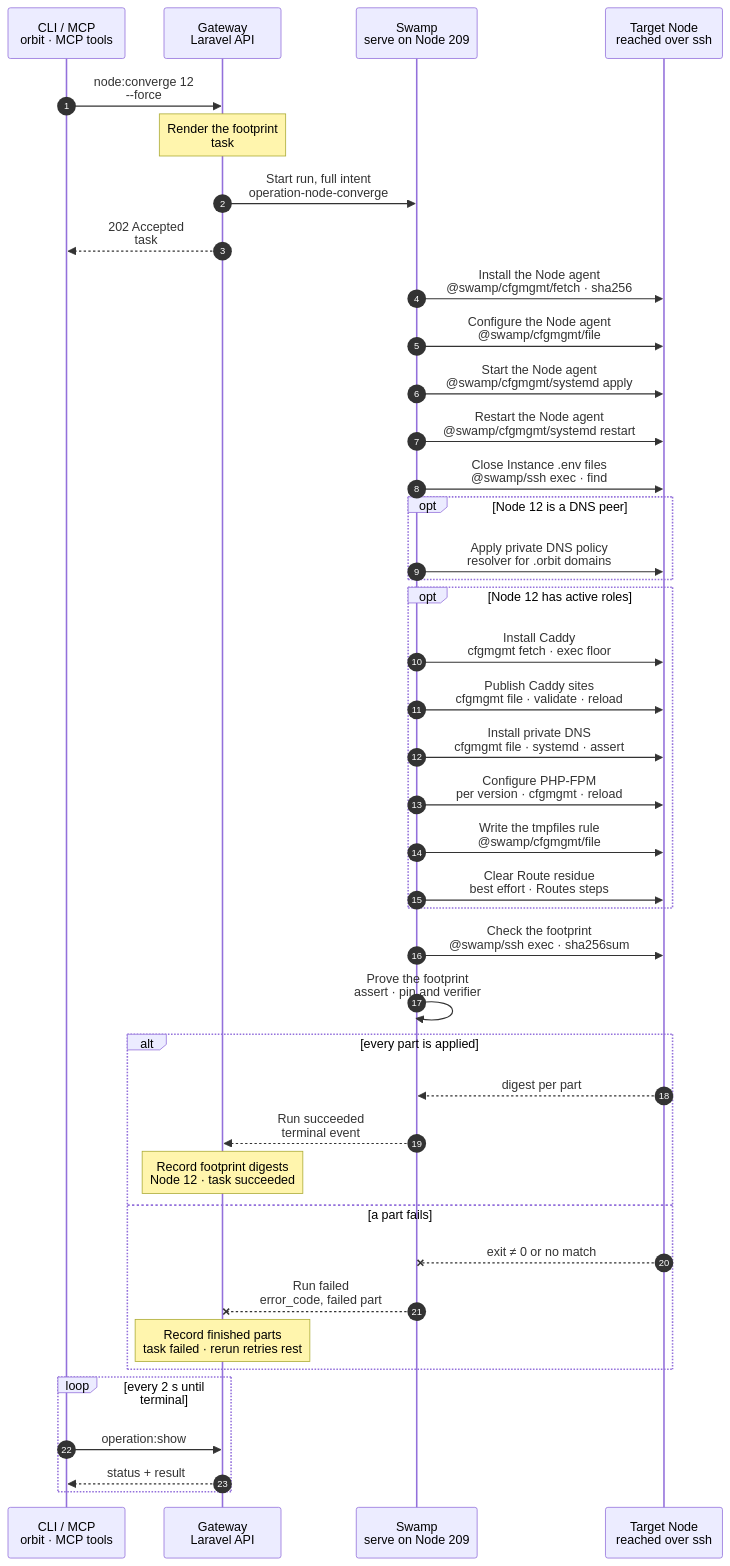
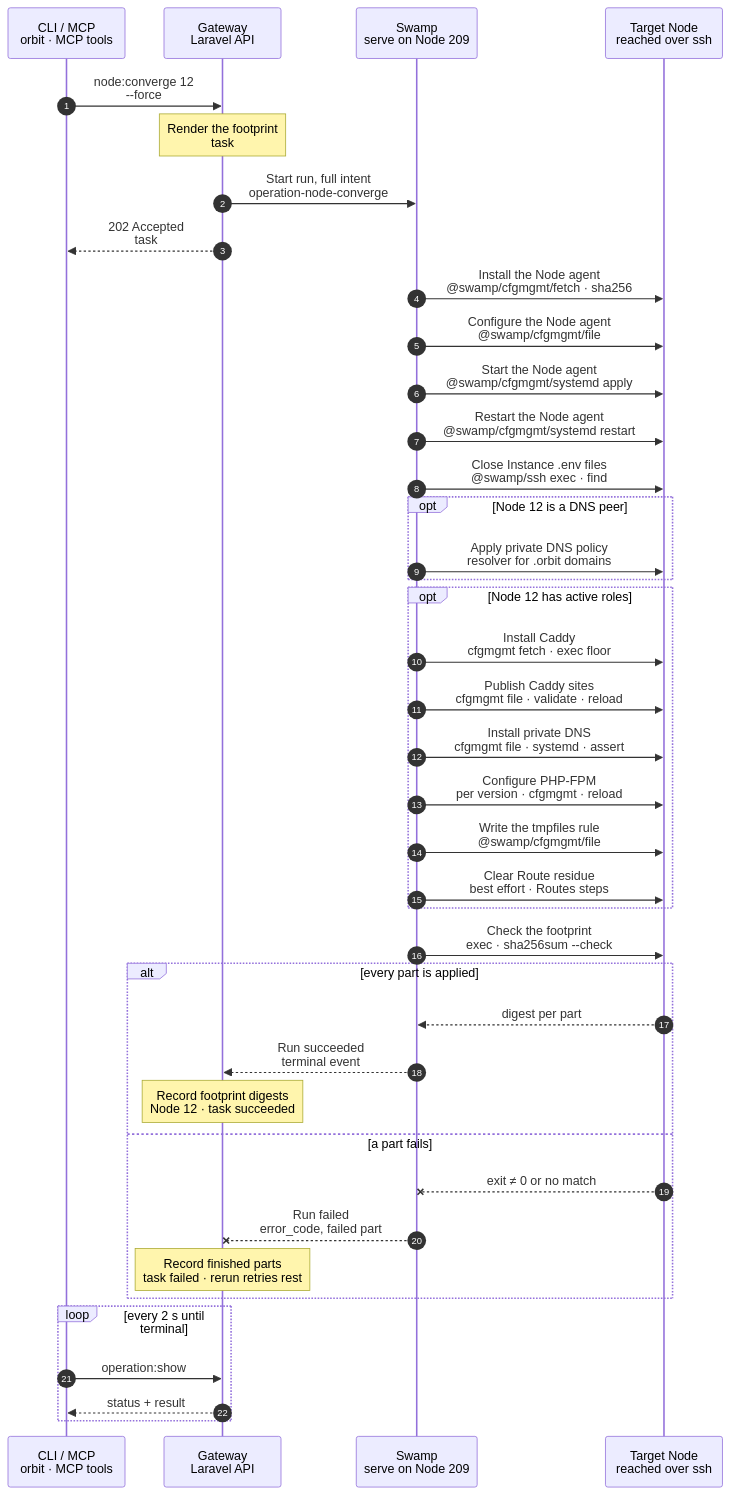
The diagram in docs/cli/node/converge.mmd (hardimpactdev/orbit), drawn with Mermaid before and after one commit. The commit also changed 8 other files, not shown here.

First line of the commit message:
refactor(nodes): node.converge ends with one sha256sum --check; tighten3 labels follow the real steps

```diff
--- a/docs/cli/node/converge.mmd
+++ b/docs/cli/node/converge.mmd
@@ -1,175 +1,172 @@
 sequenceDiagram
   %% Target design: ADR 0243/0244 task, DECISIONS R1-R4, agent-observer-swamp-acts, single-swamp-node. docs/reference/node-provisioning.md#converge-the-orbit-footprint.
   %% status: draft
   %% command: node:converge
   %% kind: node.converge
   autonumber
   %% lane CLI icon=terminal pill=caller tone=gray
   %% lane GW icon=gateway pill=intent tone=blue
   %% lane SW icon=workflow pill=executes tone=green
   %% lane N icon=server pill=target tone=amber
   participant CLI as CLI / MCP<br/>orbit · MCP tools
   participant GW as Gateway<br/>Laravel API
   participant SW as Swamp<br/>serve on Node 209
   participant N as Target Node<br/>reached over ssh
   CLI->>GW: node:converge 12<br/>--force
   %%> Command:
   %%> - `orbit node:converge 12 --force`
   %%> - syntax: `<node> [--force] [--idempotency-key=KEY] [--json]`
   %%> Input:
   %%> - the Node, by id or exact name
   %%> - `--force` re-applies every part, not only the parts whose digest changed
   %%> What it does:
   %%> - re-applies Orbit's own files on Node 12: the Node agent, the private DNS client policy, and the files of its active roles
   %%> - never changes an Instance, a Process, a Schedule or a role assignment, so it is safe on a Node that owns Instances
   %%> Who can call it:
   %%> - the `orbit` CLI, the MCP tool, and the fleet rollout send the same request
   Note over GW: Render the footprint<br/>task #5132 · digest per part
   %%> Requirements:
   %%> - your Node has an access grant to Node 12
   %%> - Node 12 is an active, managed Linux Node
   %%> - no other converge or Node agent rekey runs for Node 12; the Gateway holds one lock per Node
   %%> Builds:
   %%> - the pinned `orbit-agent` release and its SHA-256
   %%> - the Node agent configuration, Orbit root certificate and unit
   %%> - the private DNS client policy, when Node 12 is a peer with roles
   %%> Refuses:
   %%> - a part the Gateway cannot render, before any run starts
   %%> - the files of each active role, through the shared role steps
   %%> - one digest per part, from the Gateway's own code and pins; no SSH
   %%> Result:
   %%> - task #5132 recorded with the full intent and the parts to apply
   %%> - unchanged parts are left out, unless `--force`
   GW->>SW: Start run, full intent<br/>operation-node-converge
   %%> What it does:
   %%> - starts one Swamp run on serve (Node 209)
   %%> Inputs:
   %%> - the parts to apply, with their files and digests
   %%> - the agent's verifier hash, to check the existing key; never the key
   %%> - Node 12's address and SSH host keys; the SSH identity comes from the `swamp` role
   GW-->>CLI: 202 Accepted<br/>task #5132
   %%> What you get:
   %%> - the task number, at once
   %%> Next:
   %%> - the CLI follows the task with `operation:show`
   SW->>N: Install the Node agent<br/>@swamp/cfgmgmt/fetch · sha256
   %%> What it does:
   %%> - downloads the pinned `orbit-agent` release to `/usr/local/bin/orbit-agent` and checks its SHA-256
   %%> - a binary that already matches the pin is left alone
   %%> How:
   %%> - the official `@swamp/cfgmgmt/fetch` behavior over SSH from 209, with sudo
   %%> - no `orbit-agent command …`; the agent only observes and runs no actions
   SW->>N: Configure the Node agent<br/>@swamp/cfgmgmt/file
   %%> What it does:
   %%> - writes `config.toml` and `ca.pem` in `/etc/orbit/agent`, one official `file` behavior each
   %%> Keeps the key:
   %%> - never writes `/etc/orbit/agent/secret`; the end check compares it with the recorded verifier
   SW->>N: Start the Node agent<br/>@swamp/cfgmgmt/systemd apply
   %%> What it does:
   %%> - writes the `orbit-agent.service` unit the Gateway rendered, with access to the apps root, then enables and starts it
   SW->>N: Restart the Node agent<br/>@swamp/cfgmgmt/systemd restart
   %%> What it does:
   %%> - restarts the agent so it reads its new binary and files
   %%> Why always:
   %%> - this part only runs when its digest changed, or with `--force`
   SW->>N: Close Instance .env files<br/>@swamp/ssh exec · find
   %%> What it does:
   %%> - removes the world bits from `.env` in each Instance checkout under the apps root, in one `find`
   %%> On failure:
   %%> - best effort: a checkout that is gone does not fail the converge
   opt Node 12 is a DNS peer
     SW->>N: Apply private DNS policy<br/>resolver for .orbit domains
     %%> When:
     %%> - Node 12 is an active managed peer with roles; not the `vpn` Node and not the Gateway's Node
     %%> What it does:
     %%> - sends the private `.orbit` domains to the Orbit DNS server, with the split DNS policy
     %%> - no WireGuard tunnel restart
   end
   opt Node 12 has active roles
     SW->>N: Install Caddy<br/>cfgmgmt fetch · exec floor
     %%> What it does:
     %%> - downloads the pinned Caddy package with `@swamp/cfgmgmt/fetch`, checked against its SHA-256
     %%> - installs it with `@swamp/cfgmgmt/exec`, unless the installed Caddy already meets the version floor
     %%> - proves the floor with `dpkg --compare-versions`
     %%> For:
     %%> - a Caddy role or Caddy sites
     %%> Every role part:
     %%> - runs only when its digest changed or with `--force`
     %%> - runs beside the other parts; one part's failure never stops another
     SW->>N: Publish Caddy sites<br/>cfgmgmt file · validate · reload
     %%> What it does:
     %%> - writes the rendered Caddyfile as a candidate, validates it as the `caddy` user, publishes it with the Routes Caddy step, and removes the candidate
     %%> - a Caddyfile Caddy refuses fails this part; the published Caddyfile stays
     %%> - a Caddyfile the Gateway could not render is skipped and reported
     SW->>N: Install private DNS<br/>cfgmgmt file · systemd · assert
     %%> For:
     %%> - a `vpn` Node that publishes private DNS
     %%> What it does:
     %%> - writes the listener release files, self-tests the release, then writes the socket and service units with `@swamp/cfgmgmt/systemd`
     %%> - writes the dnsmasq records and the catalog, tests dnsmasq, restarts it and the listener
     %%> - asserts that the listener loaded the new catalog
     %%> No rollback:
     %%> - a failed check leaves the new files; a rerun repairs them
     SW->>N: Configure PHP-FPM<br/>per version · cfgmgmt · reload
     %%> For:
     %%> - `app-dev` and `app-prod`, once per PHP version; a version without PHP-FPM is skipped
     %%> What it does:
     %%> - writes Orbit's runtime settings, links them into PHP-FPM, sets the master's stop timeout, tests the configuration and reloads the running masters
     SW->>N: Write the tmpfiles rule<br/>@swamp/cfgmgmt/file
     %%> For:
     %%> - `app-dev`: the `/etc/tmpfiles.d/orbit.conf` rule for `/tmp/orbit-*` and `/dev/shm/orbit-*`; restarts nothing
     SW->>N: Clear Route residue<br/>best effort · Routes steps
     %%> What it does:
     %%> - removes the Caddy sites, PHP pools, certificates, LAN and ingress rules of removed Routes
     %%> - a failure is reported and the part is retried on the next converge; it never fails the task
     %%> Not included:
     %%> - adding or removing a role, and Metrics exporters; those have their own commands
   end
-  SW->>N: Check the footprint<br/>@swamp/ssh exec · sha256sum
+  SW->>N: Check the footprint<br/>exec · sha256sum --check
   %%> What it does:
-  %%> - reads the SHA-256 of the agent binary and of its key file in one command
+  %%> - one `sha256sum --check` against the Gateway's hashes: the pinned binary, the recorded key and the agent's `config.toml` and `ca.pem`
+  %%> - a missing or mismatched key or file fails this step; `orbit:node-agent-rekey` issues a new key
   %%> Why:
-  %%> - a part only counts as applied when the Node shows it
-  SW->>SW: Prove the footprint<br/>assert · pin and verifier
-  %%> What it does:
-  %%> - Swamp's native `assert`: the binary is the pin and the key matches the recorded verifier
-  %%> - a missing or mismatched key fails here; `orbit:node-agent-rekey` issues a new one
+  %%> - a part only counts as applied when the Node shows it; this is the one end check, so there is no separate assert
   %%> Returns:
-  %%> - the end check; the Gateway reads every step's outcome from Swamp's run data
+  %%> - the Gateway reads every step's outcome from Swamp's run data
   alt every part is applied
     N-->>SW: digest per part
     %%> Returns:
     %%> - the check passed for every part
     SW-->>GW: Run succeeded<br/>terminal event
     %%> How the Gateway learns it:
     %%> - its shared run reader sees the terminal event; Swamp never calls the Gateway
     Note over GW: Record footprint digests<br/>Node 12 · task succeeded
     %%> Result:
     %%> - the digest of each applied part, and Node 12's footprint digest
     %%> - the fleet rollout sees Node 12 as up to date
     %%> - task #5132 succeeds
   else a part fails
     N--xSW: exit ≠ 0 or no match
     %%> When:
     %%> - a download doesn't match its pin, the Node agent's key doesn't match, Caddy or PHP-FPM refuse their configuration, or a check fails
     SW--xGW: Run failed<br/>error_code, failed part
     %%> The Gateway reads:
     %%> - which part failed and its error code, and which parts finished before it
     Note over GW: Record finished parts<br/>task failed · rerun retries rest
     %%> Result:
     %%> - the digests of the finished parts are recorded; the failed part keeps its old digest
     %%> - task #5132 fails
     %%> On the Node:
     %%> - finished parts stay; there is no rollback
     %%> - the running Node agent keeps its key, so it keeps reporting
     %%> Retry:
     %%> - run the same command again after fixing the cause; it applies only the parts that are still different
   end
   loop every 2 s until terminal
     CLI->>GW: operation:show #5132
     %%> What it does:
     %%> - asks for the task's status every 2 seconds until it has ended
     GW-->>CLI: status + result
     %%> Returns:
     %%> - the current status, and the result once the task has ended
   end
```
